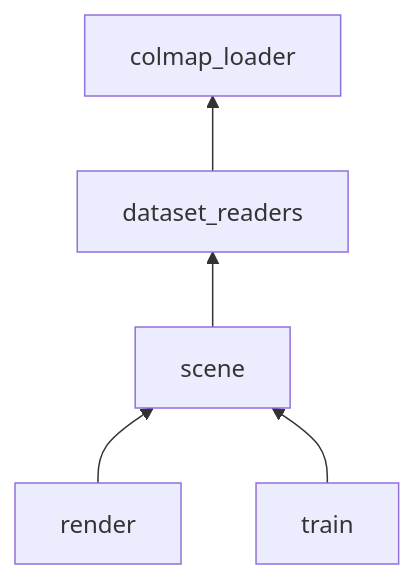
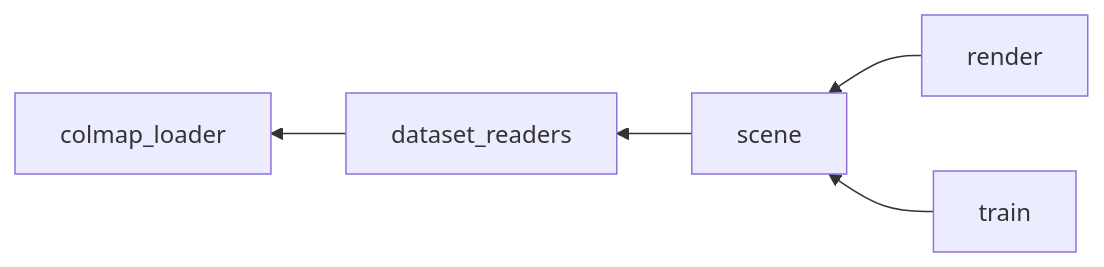
One commit to AsherJingkongChen/3DGS changed the first of 5 diagrams in docs/procedure/original-reference.orig.md. Above: the diagram before and after it, drawn with Mermaid. The commit also changed other lines of this file and 6 other files, not shown here.

````diff
--- a/docs/procedure/original-reference.orig.md
+++ b/docs/procedure/original-reference.orig.md
@@ -49,7 +49,7 @@
 ```mermaid
-flowchart BT
+graph RL
   dataset_readers --> colmap_loader
   render --> scene
   train --> scene
   scene --> dataset_readers
 ```
````
